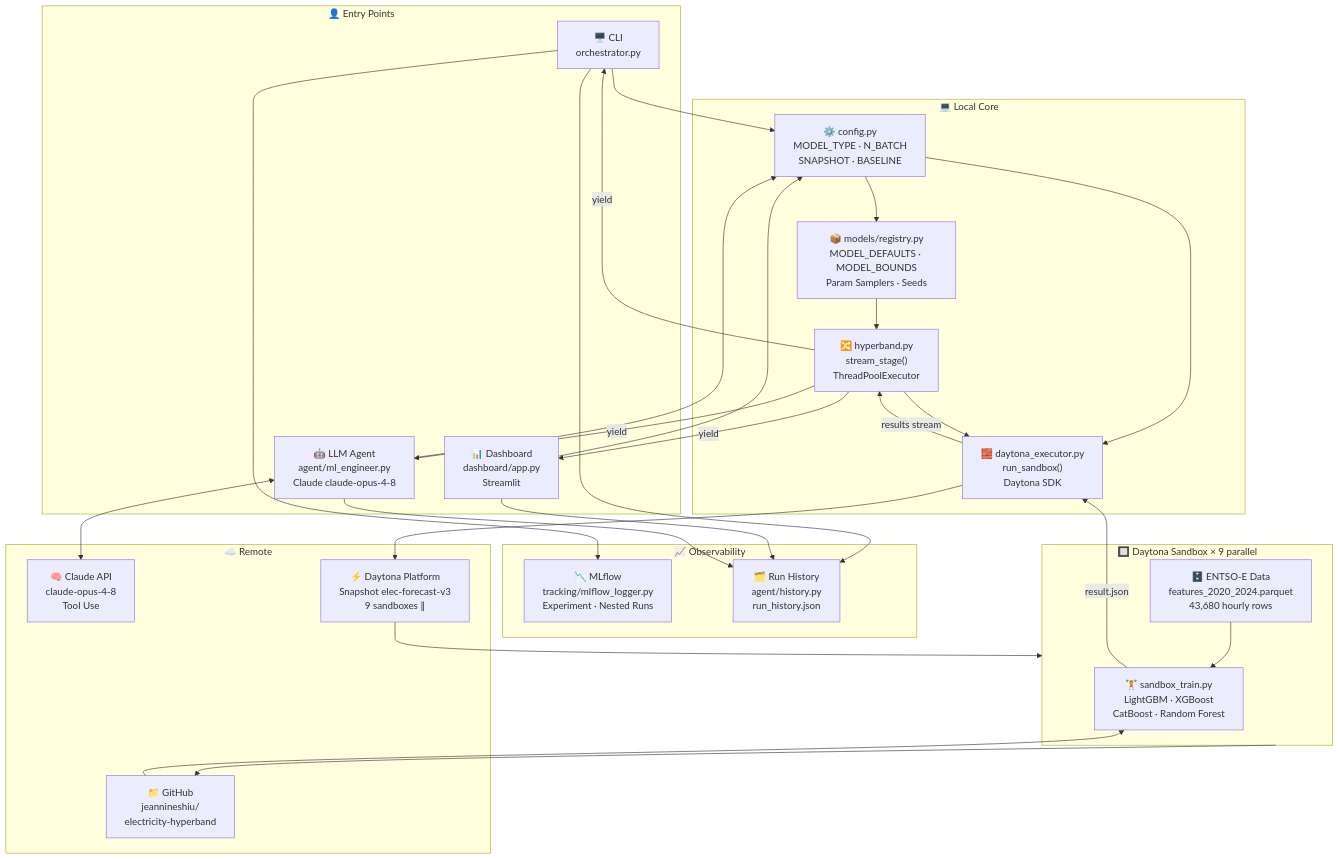
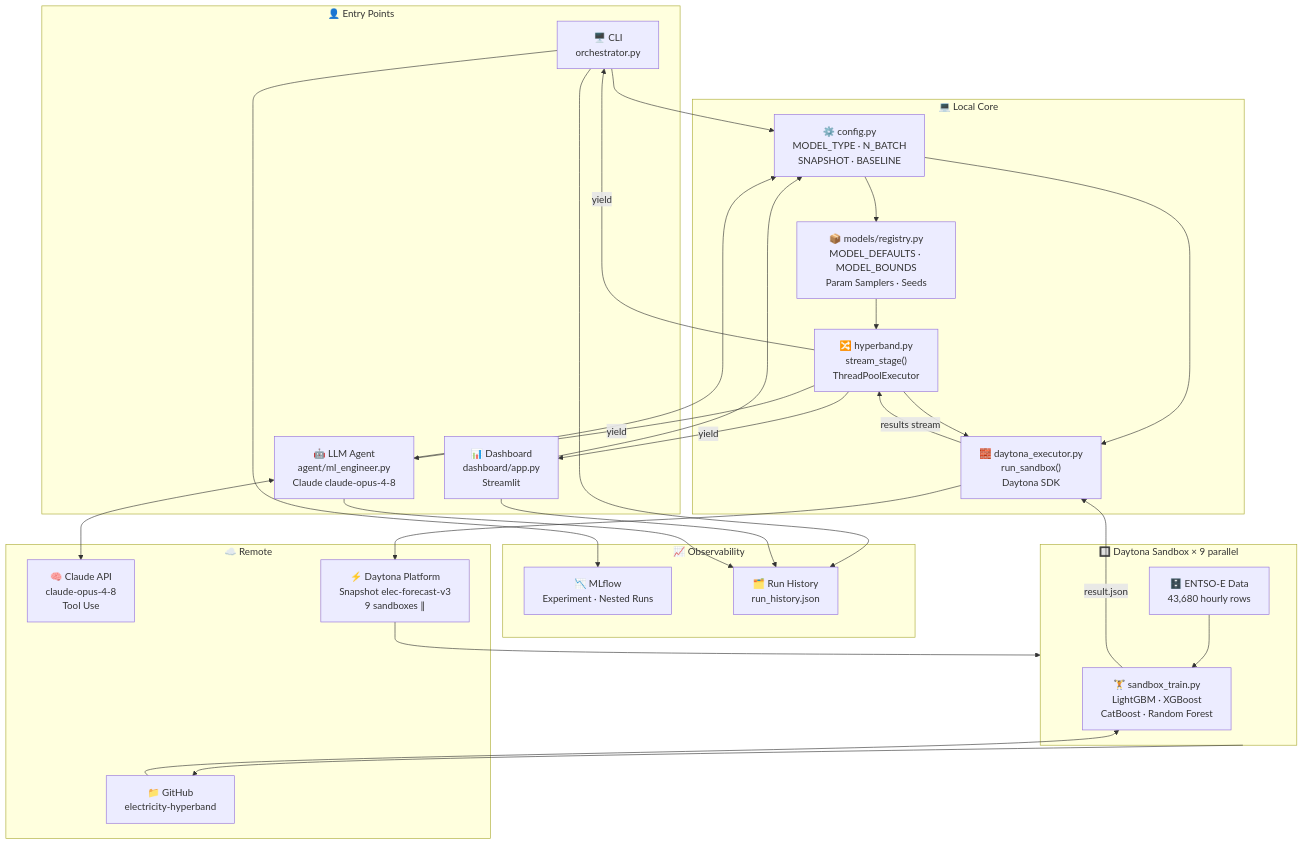
The diagram in README.md (jeannineshiu/electricity-hyperband), drawn with Mermaid before and after one commit. The commit also changed other lines of this file, not shown here.

Commit message:
docs: rewrite README — origin, Daytona benefits, architecture, quickstart, future

````diff
--- a/README.md
+++ b/README.md
@@ -47,64 +79,58 @@
 ```mermaid
 graph TB
-    %% ── Entry Points ──────────────────────────────────────────
     subgraph UI ["👤 Entry Points"]
         CLI["🖥️ CLI\norchestrator.py"]
         DASH["📊 Dashboard\ndashboard/app.py\nStreamlit"]
         AGENT["🤖 LLM Agent\nagent/ml_engineer.py\nClaude claude-opus-4-8"]
     end
 
-    %% ── Core Local Modules ────────────────────────────────────
     subgraph CORE ["💻 Local Core"]
         CONFIG["⚙️ config.py\nMODEL_TYPE · N_BATCH\nSNAPSHOT · BASELINE"]
         REGISTRY["📦 models/registry.py\nMODEL_DEFAULTS · MODEL_BOUNDS\nParam Samplers · Seeds"]
         HYPERBAND["🔀 hyperband.py\nstream_stage()\nThreadPoolExecutor"]
         EXECUTOR["🧱 daytona_executor.py\nrun_sandbox()\nDaytona SDK"]
     end
 
-    %% ── Observability ─────────────────────────────────────────
     subgraph OBS ["📈 Observability"]
-        MLFLOW["📉 MLflow\ntracking/mlflow_logger.py\nExperiment · Nested Runs"]
-        HISTORY["🗂️ Run History\nagent/history.py\nrun_history.json"]
+        MLFLOW["📉 MLflow\nExperiment · Nested Runs"]
+        HISTORY["🗂️ Run History\nrun_history.json"]
     end
 
-    %% ── Remote Services ───────────────────────────────────────
     subgraph REMOTE ["☁️ Remote"]
         CLAUDE["🧠 Claude API\nclaude-opus-4-8\nTool Use"]
         DAYTONA["⚡ Daytona Platform\nSnapshot elec-forecast-v3\n9 sandboxes ∥"]
-        GITHUB["📁 GitHub\njeannineshiu/\nelectricity-hyperband"]
+        GITHUB["📁 GitHub\nelectricity-hyperband"]
     end
 
-    %% ── Daytona Sandbox ───────────────────────────────────────
     subgraph SB ["🔲 Daytona Sandbox × 9 parallel"]
         TRAIN["🏋️ sandbox_train.py\nLightGBM · XGBoost\nCatBoost · Random Forest"]
-        DATA["🗄️ ENTSO-E Data\nfeatures_2020_2024.parquet\n43,680 hourly rows"]
+        DATA["🗄️ ENTSO-E Data\n43,680 hourly rows"]
     end
 
-    %% ── Flows ─────────────────────────────────────────────────
-    CLI     --> CONFIG
-    DASH    --> CONFIG
-    AGENT   --> CONFIG
-    AGENT   <--> CLAUDE
+    CLI --> CONFIG
+    DASH --> CONFIG
+    AGENT --> CONFIG
+    AGENT <--> CLAUDE
 
-    CONFIG   --> REGISTRY
-    CONFIG   --> EXECUTOR
+    CONFIG --> REGISTRY
+    CONFIG --> EXECUTOR
     REGISTRY --> HYPERBAND
     HYPERBAND --> EXECUTOR
     EXECUTOR --> DAYTONA
 
-    DAYTONA  --> SB
-    SB       --> GITHUB
-    GITHUB   --> TRAIN
-    DATA     --> TRAIN
-    TRAIN    -->|result.json| EXECUTOR
+    DAYTONA --> SB
+    SB --> GITHUB
+    GITHUB --> TRAIN
+    DATA --> TRAIN
+    TRAIN -->|result.json| EXECUTOR
 
     EXECUTOR -->|results stream| HYPERBAND
     HYPERBAND -->|yield| CLI
     HYPERBAND -->|yield| DASH
     HYPERBAND -->|yield| AGENT
 
-    CLI   --> MLFLOW
-    CLI   --> HISTORY
-    DASH  --> HISTORY
+    CLI --> MLFLOW
+    CLI --> HISTORY
+    DASH --> HISTORY
     AGENT --> HISTORY
 ```
````
